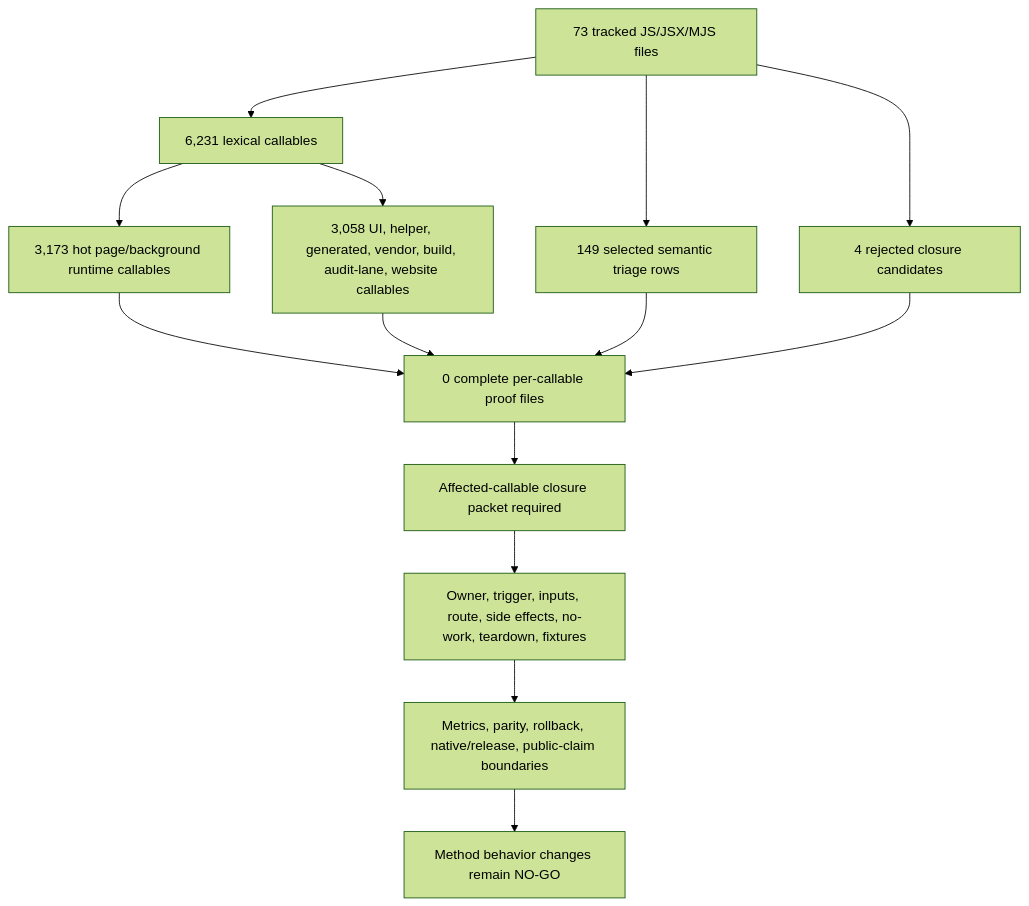
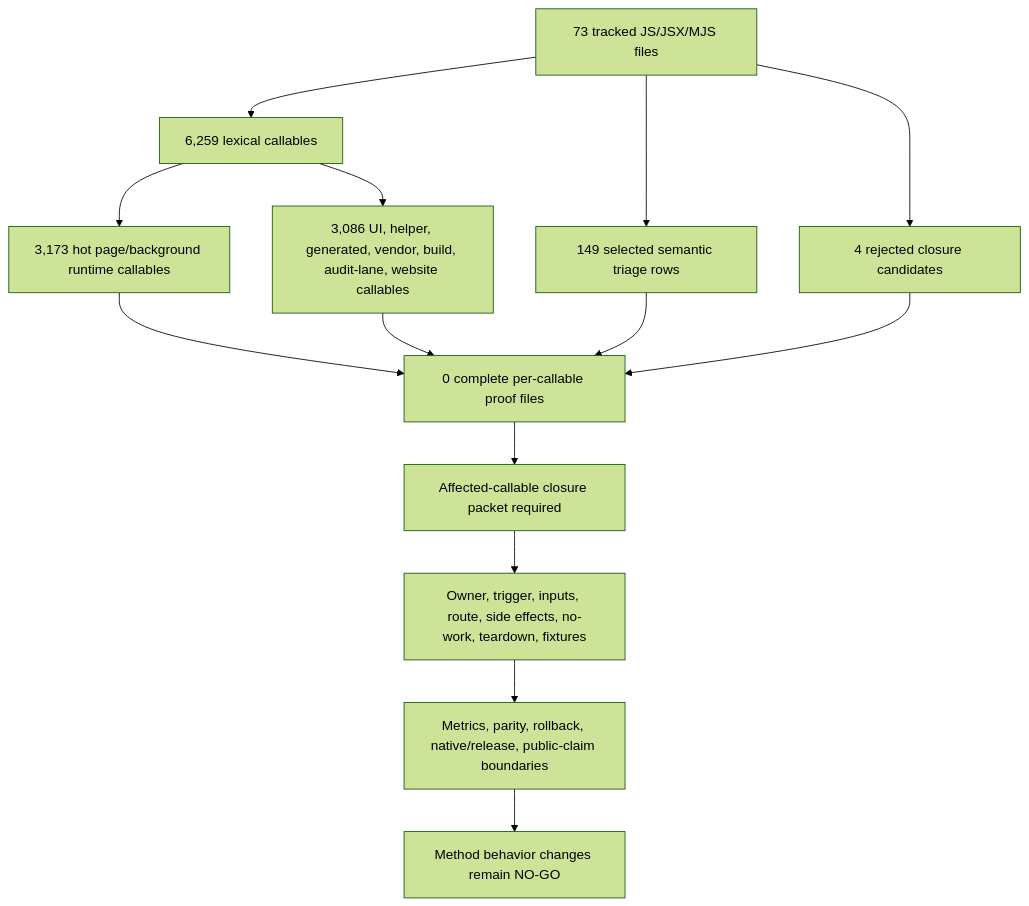
One commit to varshneydevansh/FilterTube changed the first of 2 diagrams in docs/audit/FILTERTUBE_METHOD_SEMANTIC_PROOF_GAP_INDEX_CURRENT_BEHAVIOR_2026-05-25.md. Above: the diagram before and after it, drawn with Mermaid (forest theme). The commit also changed other lines of this file and 77 other files, not shown here.

````diff
--- a/docs/audit/FILTERTUBE_METHOD_SEMANTIC_PROOF_GAP_INDEX_CURRENT_BEHAVIOR_2026-05-25.md
+++ b/docs/audit/FILTERTUBE_METHOD_SEMANTIC_PROOF_GAP_INDEX_CURRENT_BEHAVIOR_2026-05-25.md
@@ -147,16 +147,16 @@
 ```mermaid
 flowchart TD
-  A["73 tracked JS/JSX/MJS files"] --> B["6,231 lexical callables"]
+  A["73 tracked JS/JSX/MJS files"] --> B["6,259 lexical callables"]
   B --> C["3,173 hot page/background runtime callables"]
-  B --> D["3,058 UI, helper, generated, vendor, build, audit-lane, website callables"]
+  B --> D["3,086 UI, helper, generated, vendor, build, audit-lane, website callables"]
   A --> E["149 selected semantic triage rows"]
   A --> F["4 rejected closure candidates"]
   C --> G["0 complete per-callable proof files"]
   D --> G
   E --> G
   F --> G
   G --> H["Affected-callable closure packet required"]
   H --> I["Owner, trigger, inputs, route, side effects, no-work, teardown, fixtures"]
   I --> J["Metrics, parity, rollback, native/release, public-claim boundaries"]
   J --> K["Method behavior changes remain NO-GO"]
 ```
````
